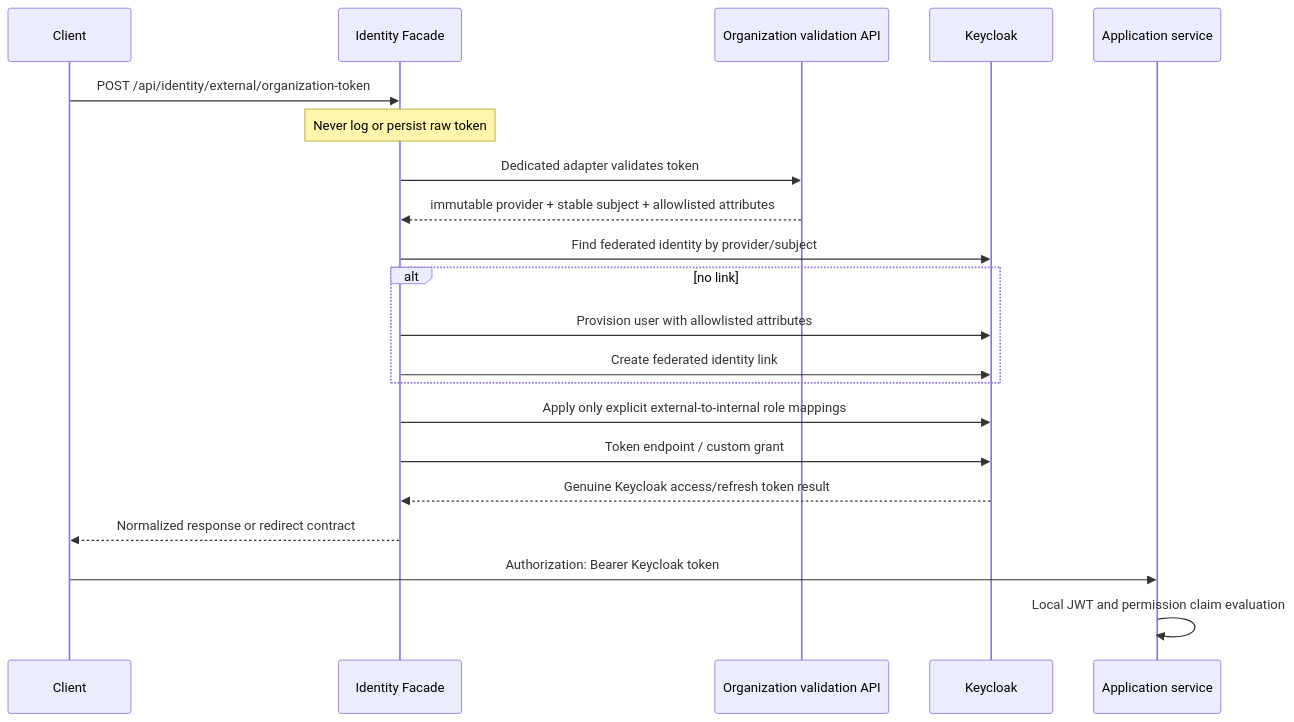
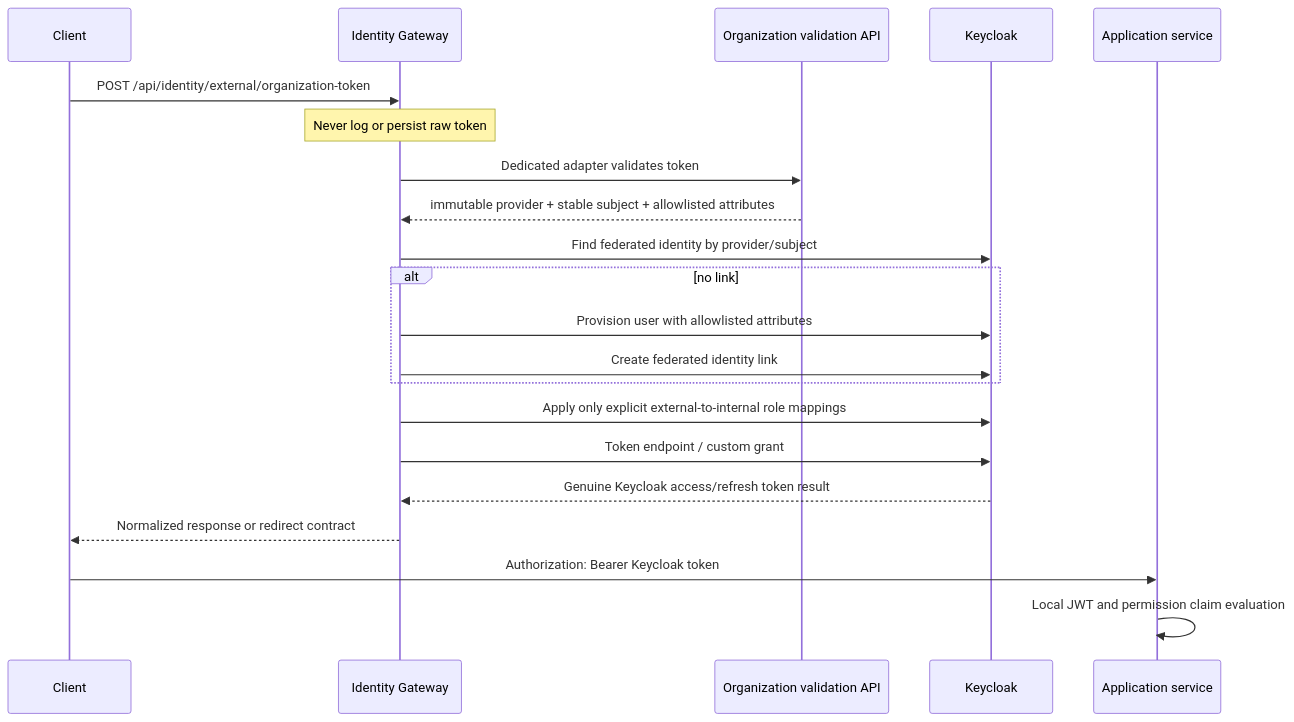
The second of 2 diagrams in docs/architecture.md (JashSmith/identity-service), drawn with Mermaid before and after one commit. The commit also changed other lines of this file and 134 other files, not shown here.

First line of the commit message:
refactor: rename the facade to Identity Gateway and packages to Avash.Identity

````diff
--- a/docs/architecture.md
+++ b/docs/architecture.md
@@ -75,24 +75,24 @@
 ```mermaid
 sequenceDiagram
     participant C as Client
-    participant F as Identity Facade
+    participant F as Identity Gateway
     participant V as Organization validation API
     participant K as Keycloak
     participant S as Application service
 
     C->>F: POST /api/identity/external/organization-token
     Note over F: Never log or persist raw token
     F->>V: Dedicated adapter validates token
     V-->>F: immutable provider + stable subject + allowlisted attributes
     F->>K: Find federated identity by provider/subject
     alt no link
         F->>K: Provision user with allowlisted attributes
         F->>K: Create federated identity link
     end
     F->>K: Apply only explicit external-to-internal role mappings
     F->>K: Token endpoint / custom grant
     K-->>F: Genuine Keycloak access/refresh token result
     F-->>C: Normalized response or redirect contract
     C->>S: Authorization: Bearer Keycloak token
     S->>S: Local JWT and permission claim evaluation
 ```
````
